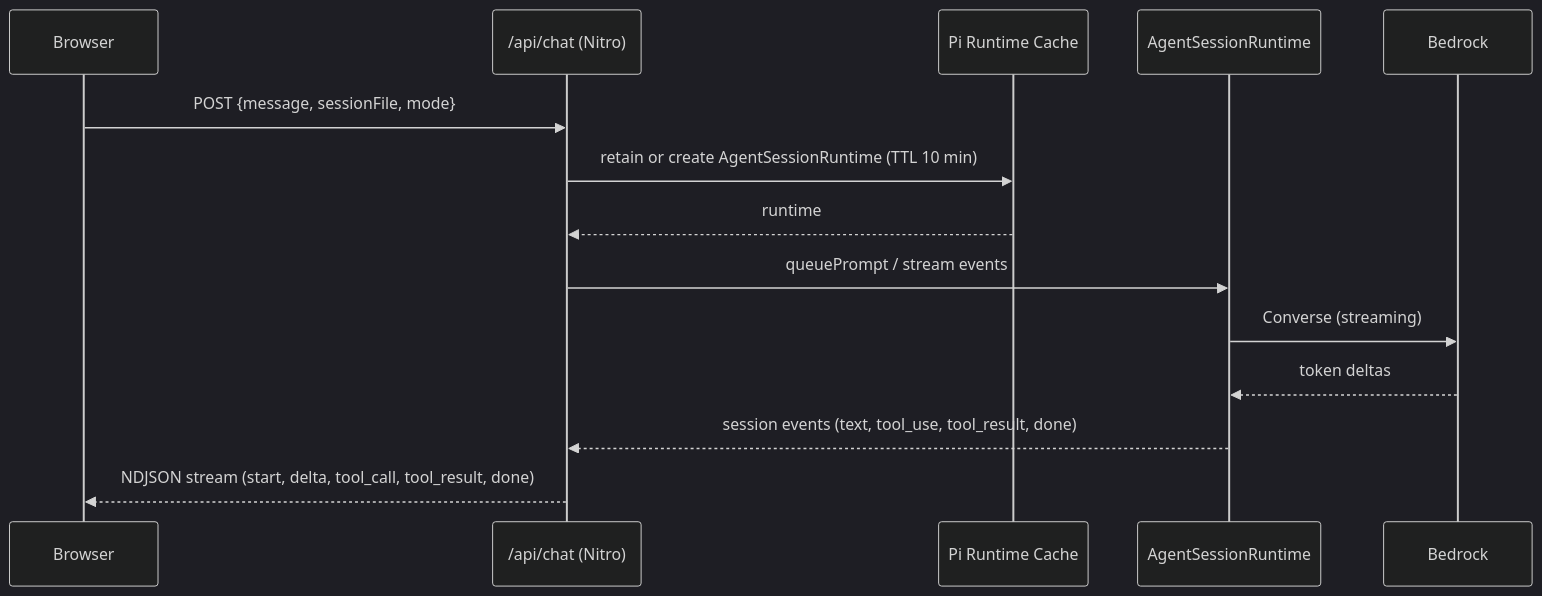
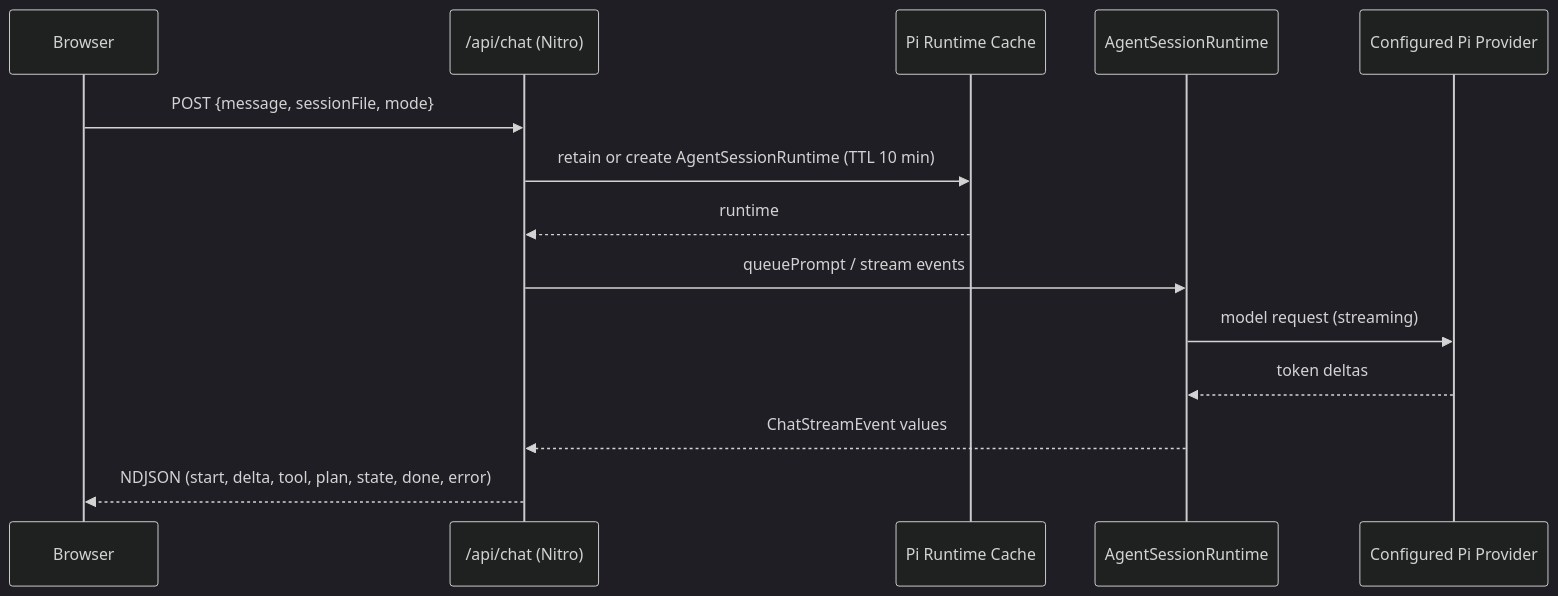
One commit to Qredence/fleet-pi changed the second of 2 diagrams in docs/wiki/overview/architecture.md. Above: the diagram before and after it, drawn with Mermaid (dark theme). The commit also changed other lines of this file and 32 other files, not shown here.

````diff
--- a/docs/wiki/overview/architecture.md
+++ b/docs/wiki/overview/architecture.md
@@ -64,17 +67,17 @@
 ```mermaid
 sequenceDiagram
     participant Browser
     participant Route as /api/chat (Nitro)
     participant Runtime as Pi Runtime Cache
     participant Pi as AgentSessionRuntime
-    participant Bedrock
+    participant Provider as Configured Pi Provider
 
     Browser->>Route: POST {message, sessionFile, mode}
     Route->>Runtime: retain or create AgentSessionRuntime (TTL 10 min)
     Runtime-->>Route: runtime
     Route->>Pi: queuePrompt / stream events
-    Pi->>Bedrock: Converse (streaming)
-    Bedrock-->>Pi: token deltas
-    Pi-->>Route: session events (text, tool_use, tool_result, done)
-    Route-->>Browser: NDJSON stream (start, delta, tool_call, tool_result, done)
+    Pi->>Provider: model request (streaming)
+    Provider-->>Pi: token deltas
+    Pi-->>Route: ChatStreamEvent values
+    Route-->>Browser: NDJSON (start, delta, tool, plan, state, done, error)
 ```
````
